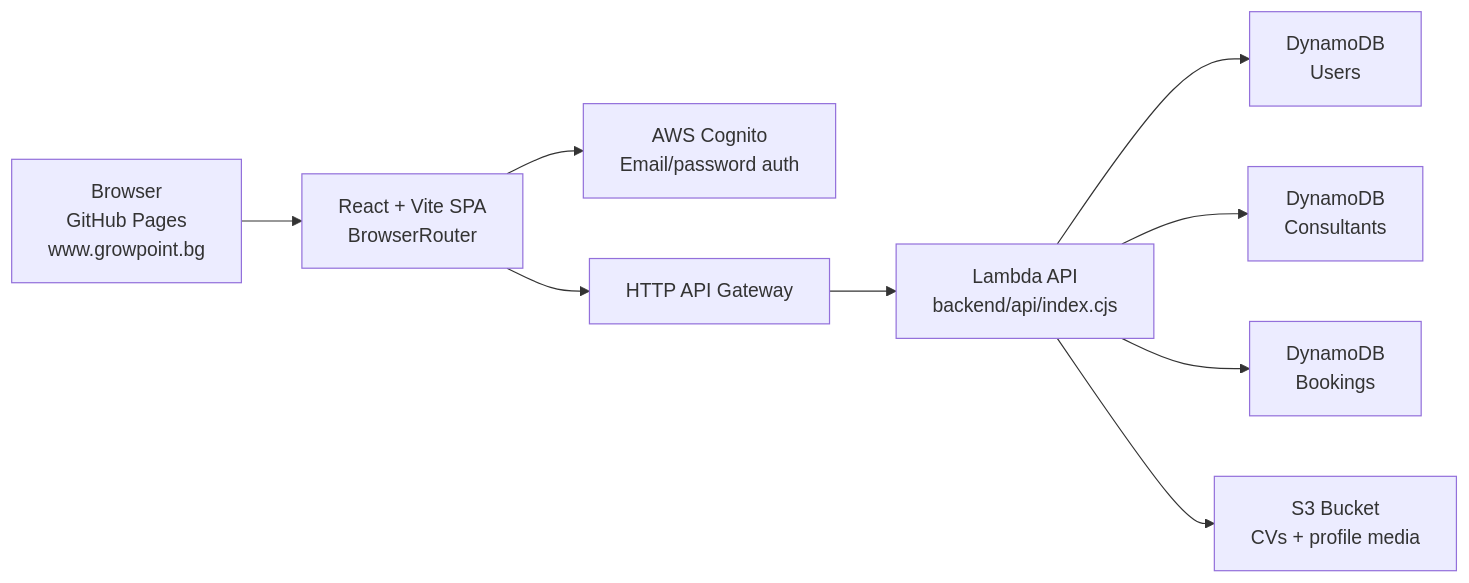
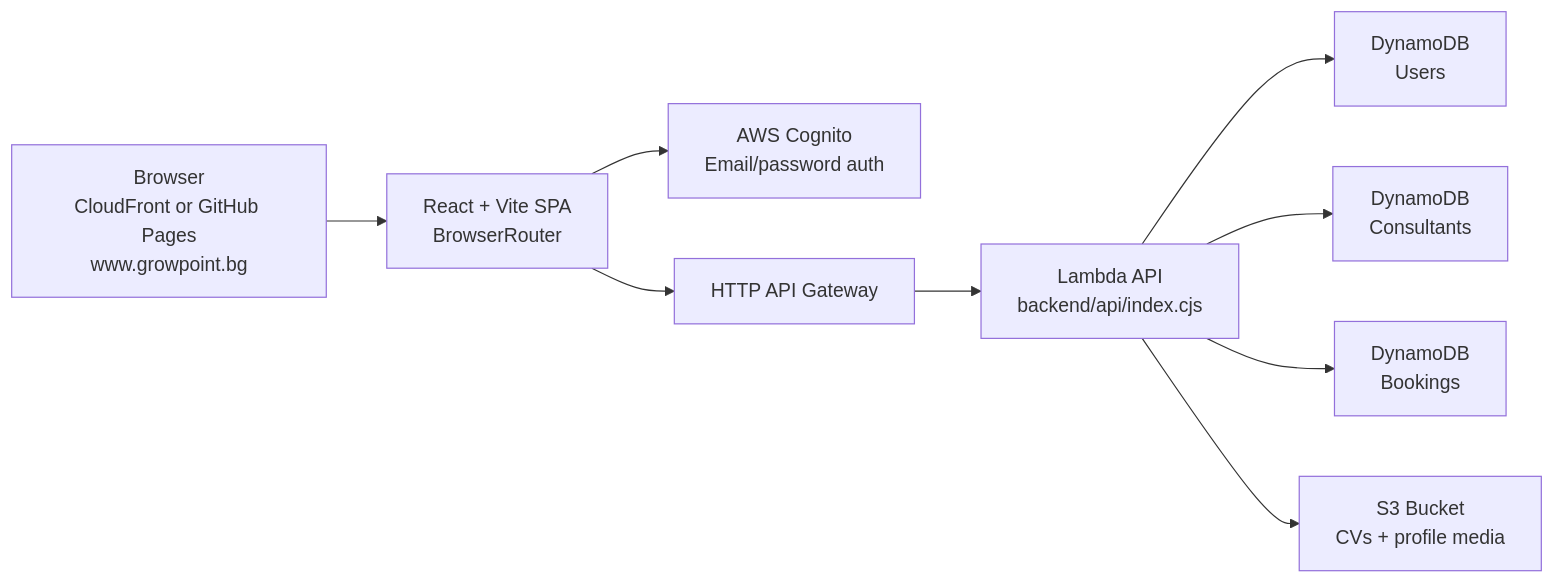
One commit to Bobsnadenica/growpoint.bg changed the diagram in README.md. Above: the diagram before and after it, drawn with Mermaid. The commit also changed other lines of this file and 11 other files, not shown here.

Commit message:
Prepare CloudFront hosting and production smoke tests

````diff
--- a/README.md
+++ b/README.md
@@ -18,11 +18,11 @@
 ```mermaid
 flowchart LR
-    U["Browser<br/>GitHub Pages<br/>www.growpoint.bg"] --> F["React + Vite SPA<br/>BrowserRouter"]
+    U["Browser<br/>CloudFront or GitHub Pages<br/>www.growpoint.bg"] --> F["React + Vite SPA<br/>BrowserRouter"]
     F --> C["AWS Cognito<br/>Email/password auth"]
     F --> A["HTTP API Gateway"]
     A --> L["Lambda API<br/>backend/api/index.cjs"]
     L --> D1["DynamoDB<br/>Users"]
     L --> D2["DynamoDB<br/>Consultants"]
     L --> D3["DynamoDB<br/>Bookings"]
     L --> S["S3 Bucket<br/>CVs + profile media"]
 ```
````
